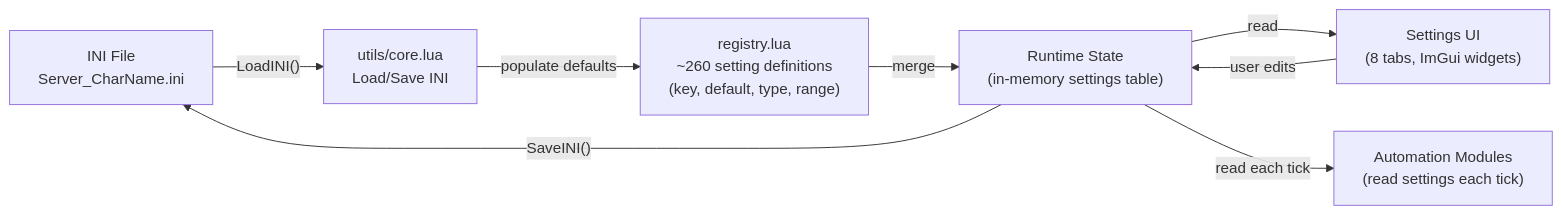
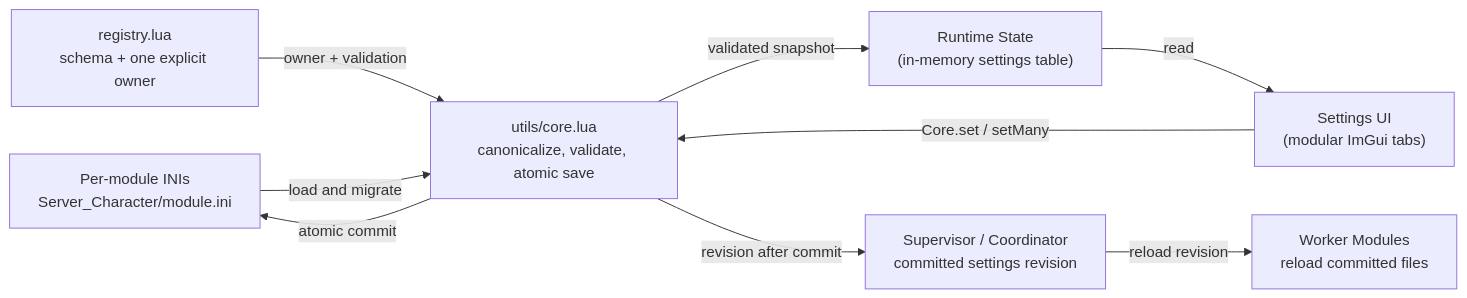
The ninth of 9 diagrams in docs/USER_GUIDE.md (daly101010/sidekick-next), drawn with Mermaid before and after one commit. The commit also changed other lines of this file and 84 other files, not shown here.

Commit message:
feat: coordinate SideKick modules and settings

````diff
--- a/docs/USER_GUIDE.md
+++ b/docs/USER_GUIDE.md
@@ -845,17 +941,19 @@
 ```mermaid
 flowchart LR
-    INI["INI File<br/>Server_CharName.ini"]
-    REG["registry.lua<br/>~260 setting definitions<br/>(key, default, type, range)"]
-    CORE["utils/core.lua<br/>Load/Save INI"]
+    INI["Per-module INIs<br/>Server_Character/module.ini"]
+    REG["registry.lua<br/>schema + one explicit owner"]
+    CORE["utils/core.lua<br/>canonicalize, validate, atomic save"]
     RUNTIME["Runtime State<br/>(in-memory settings table)"]
-    UI["Settings UI<br/>(8 tabs, ImGui widgets)"]
-    MODULES["Automation Modules<br/>(read settings each tick)"]
+    UI["Settings UI<br/>(modular ImGui tabs)"]
+    COORD["Supervisor / Coordinator<br/>committed settings revision"]
+    MODULES["Worker Modules<br/>reload committed files"]
 
-    INI -->|"LoadINI()"| CORE
-    CORE -->|"populate defaults"| REG
-    REG -->|"merge"| RUNTIME
+    REG -->|"owner + validation"| CORE
+    INI -->|"load and migrate"| CORE
+    CORE -->|"validated snapshot"| RUNTIME
     RUNTIME -->|"read"| UI
-    UI -->|"user edits"| RUNTIME
-    RUNTIME -->|"SaveINI()"| INI
-    RUNTIME -->|"read each tick"| MODULES
+    UI -->|"Core.set / setMany"| CORE
+    CORE -->|"atomic commit"| INI
+    CORE -->|"revision after commit"| COORD
+    COORD -->|"reload revision"| MODULES
 ```
````
